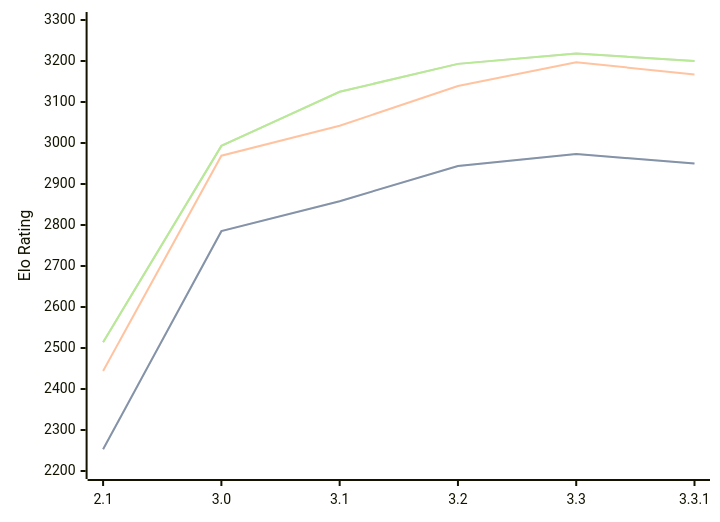
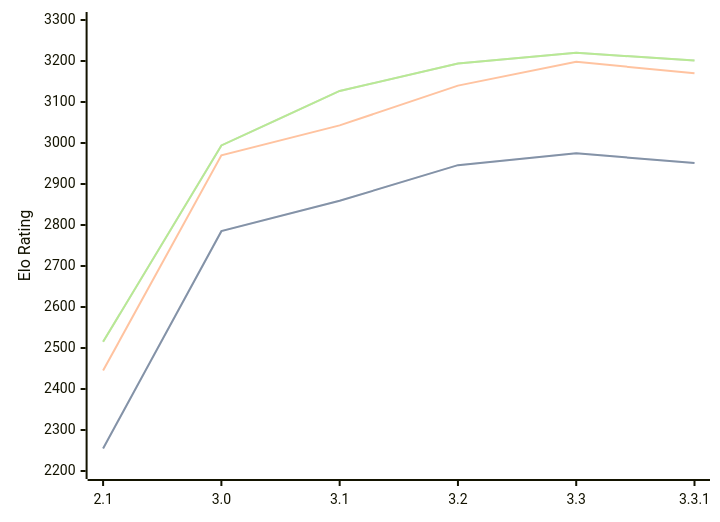
Before and after one commit to computer-chess-index/cci: the diagram in engines/Petrel.md, drawn with Mermaid. The commit also changed other lines of this file, not shown here.

Commit message:
Update CCI Ratings (ELO VLTC) - 2026-03-29

````diff
--- a/engines/Petrel.md
+++ b/engines/Petrel.md
@@ -45,11 +45,11 @@
 ```mermaid
 %%{init: {"theme":"base","themeVariables":{"seriesColors:['#a3a3a3','#222221','#faa371']}}}%%
 xychart-beta
   x-axis ["2.1", "3.0", "3.1", "3.2", "3.3", "3.3.1"]
   y-axis "Elo Rating" 2200 --> 3300
-  line "STC (8.0+0.08s)" [2253, 2785, 2858, 2944, 2973, 2950]
-  line "STC (8.0+0.08s)" [2253, 2785, 2858, 2944, 2973, 2950]
-  line "LTC (60.0+0.60s)" [2444, 2969, 3042, 3139, 3197, 3167]
-  line "VLTC (2m24s+1.12s)" [2514, 2993, 3125, 3193, 3218, 3200]
-  line "VLTC (2m24s+1.12s)" [2514, 2993, 3125, 3193, 3218, 3200]
+  line "STC (8.0+0.08s)" [2255, 2785, 2859, 2946, 2975, 2951]
+  line "STC (8.0+0.08s)" [2255, 2785, 2859, 2946, 2975, 2951]
+  line "LTC (60.0+0.60s)" [2445, 2970, 3043, 3140, 3198, 3170]
+  line "VLTC (2m24s+1.12s)" [2515, 2994, 3127, 3194, 3220, 3201]
+  line "VLTC (2m24s+1.12s)" [2515, 2994, 3127, 3194, 3220, 3201]
 ```
````
